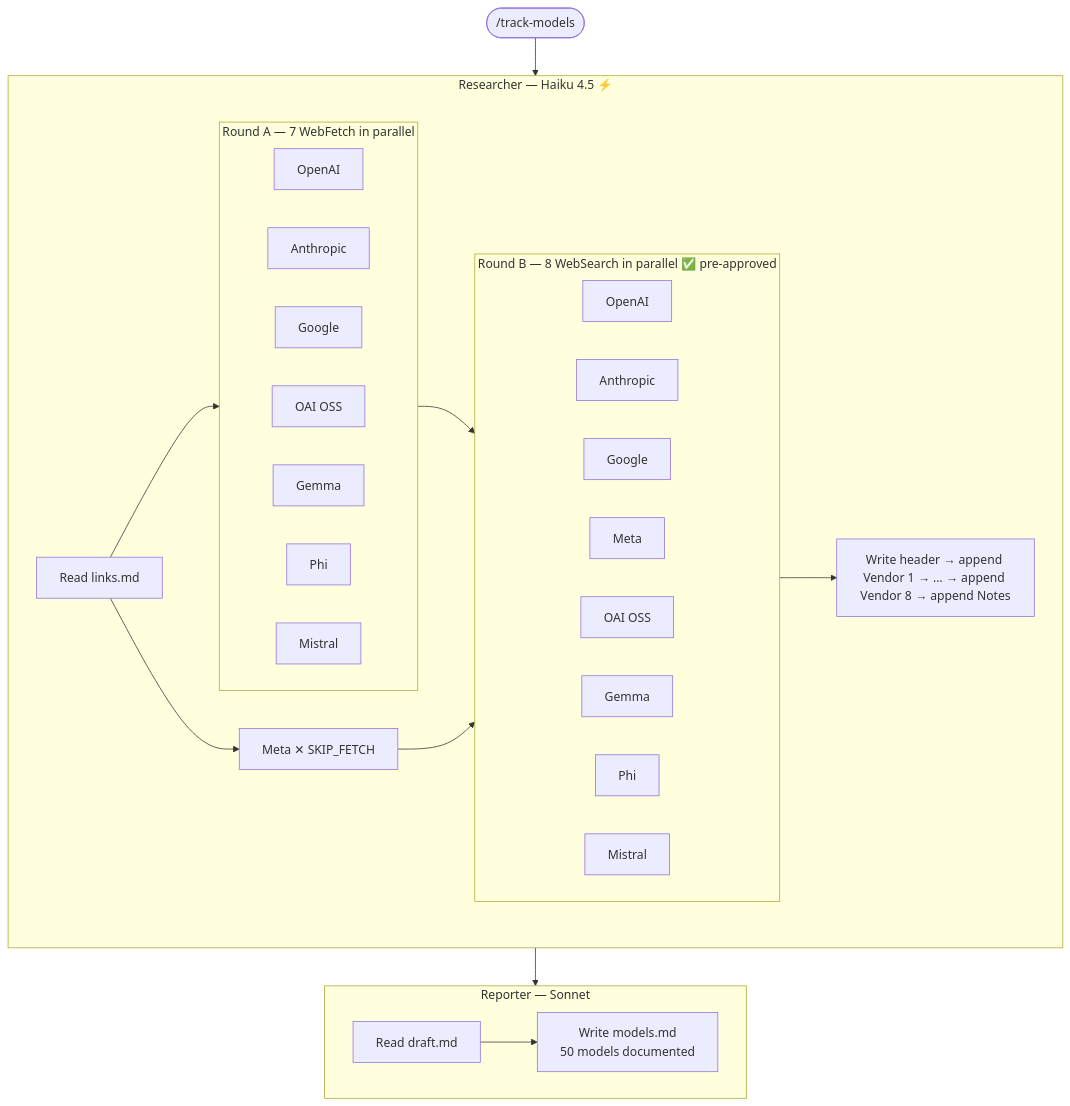
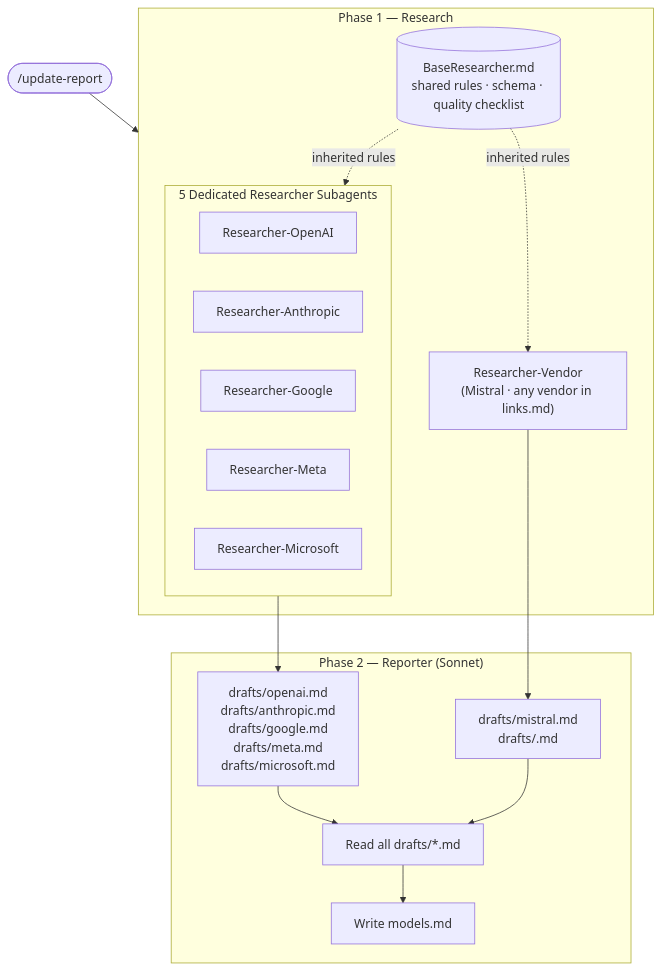
Before and after one commit to Tian4109/AI-Model-Tracking-System: the third of 3 diagrams in README.md, drawn with Mermaid. The commit also changed other lines of this file, not shown here.

First line of the commit message:
docs: update Performance Optimisations section with accurate current architecture

````diff
--- a/README.md
+++ b/README.md
@@ -358,30 +358,26 @@
 ```mermaid
 flowchart TD
-    CMD(["/track-models"]) --> RES
+    CMD(["/update-report"]) --> P1
 
-    subgraph RES["Researcher — Haiku 4.5 ⚡"]
-        L["Read links.md"] --> RA
-        L --> META["Meta ✕ SKIP_FETCH"]
+    subgraph P1["Phase 1 — Research"]
+        BASE[("BaseResearcher.md\nshared rules · schema · quality checklist")]
 
-        subgraph RA["Round A — 7 WebFetch in parallel"]
+        subgraph CORE["5 Dedicated Researcher Subagents"]
             direction LR
-            FA["OpenAI"] & FB["Anthropic"] & FC["Google"] & FD["OAI OSS"] & FE["Gemma"] & FF["Phi"] & FG["Mistral"]
+            R1["Researcher-OpenAI"] & R2["Researcher-Anthropic"] & R3["Researcher-Google"] & R4["Researcher-Meta"] & R5["Researcher-Microsoft"]
         end
 
-        RA --> RB
-        META --> RB
+        RV["Researcher-Vendor\n(Mistral · any vendor in links.md)"]
 
-        subgraph RB["Round B — 8 WebSearch in parallel  ✅ pre-approved"]
-            direction LR
-            SA["OpenAI"] & SB["Anthropic"] & SC["Google"] & SD["Meta"] & SE["OAI OSS"] & SF["Gemma"] & SG["Phi"] & SH["Mistral"]
-        end
-
-        RB --> IW["Write header → append Vendor 1 → … → append Vendor 8 → append Notes"]
+        BASE -.->|inherited rules| CORE
+        BASE -.->|inherited rules| RV
     end
 
-    RES --> REP
+    CORE --> DA["drafts/openai.md\ndrafts/anthropic.md\ndrafts/google.md\ndrafts/meta.md\ndrafts/microsoft.md"]
+    RV --> DB["drafts/mistral.md\ndrafts/<vendor>.md"]
 
-    subgraph REP["Reporter — Sonnet"]
-        RD["Read draft.md"] --> WM["Write models.md\n50 models documented"]
+    subgraph P2["Phase 2 — Reporter (Sonnet)"]
+        DA & DB --> RD["Read all drafts/*.md"]
+        RD --> WM["Write models.md"]
     end
 ```
````
